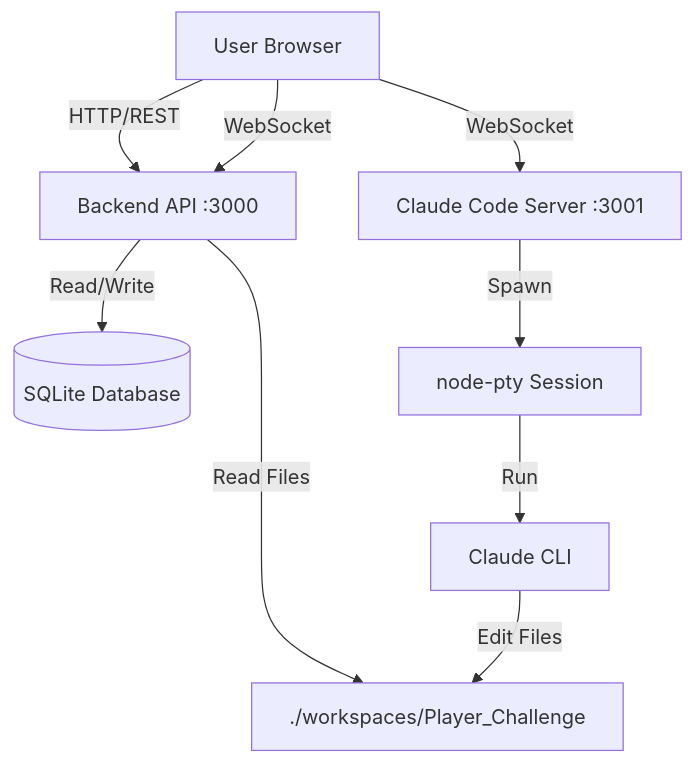
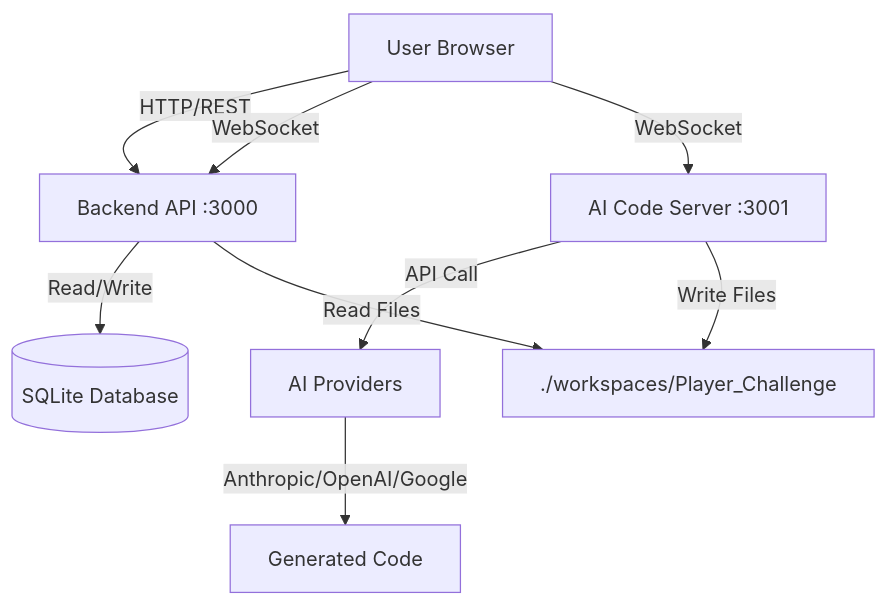
Before and after one commit to kenken64/PromptDuel: the first of 6 diagrams in understanding.md, drawn with Mermaid. The commit also changed other lines of this file and 36 other files, not shown here.

First line of the commit message:
Rename claude-code-server to ai-code-server and add favicon

````diff
--- a/understanding.md
+++ b/understanding.md
@@ -31,14 +31,14 @@
 ```mermaid
 graph TD
     User[User Browser] -->|HTTP/REST| Backend[Backend API :3000]
     User -->|WebSocket| Backend
-    User -->|WebSocket| CCS[Claude Code Server :3001]
-    
+    User -->|WebSocket| ACS[AI Code Server :3001]
+
     Backend -->|Read/Write| DB[(SQLite Database)]
-    
-    CCS -->|Spawn| PTY[node-pty Session]
-    PTY -->|Run| Claude[Claude CLI]
-    Claude -->|Edit Files| Workspace[./workspaces/Player_Challenge]
+
+    ACS -->|API Call| AI[AI Providers]
+    AI -->|Anthropic/OpenAI/Google| Response[Generated Code]
+    ACS -->|Write Files| Workspace[./workspaces/Player_Challenge]
     
     Backend -->|Read Files| Workspace
 ```
````
